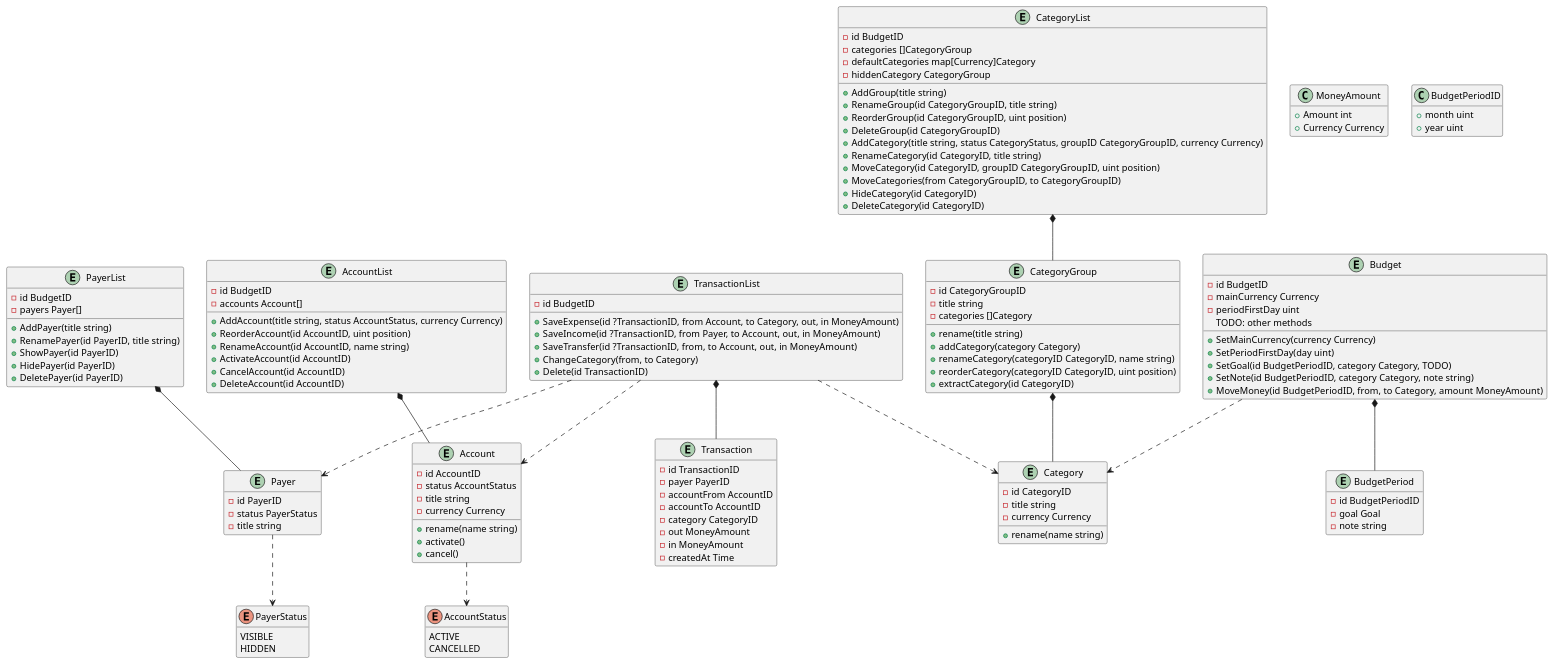
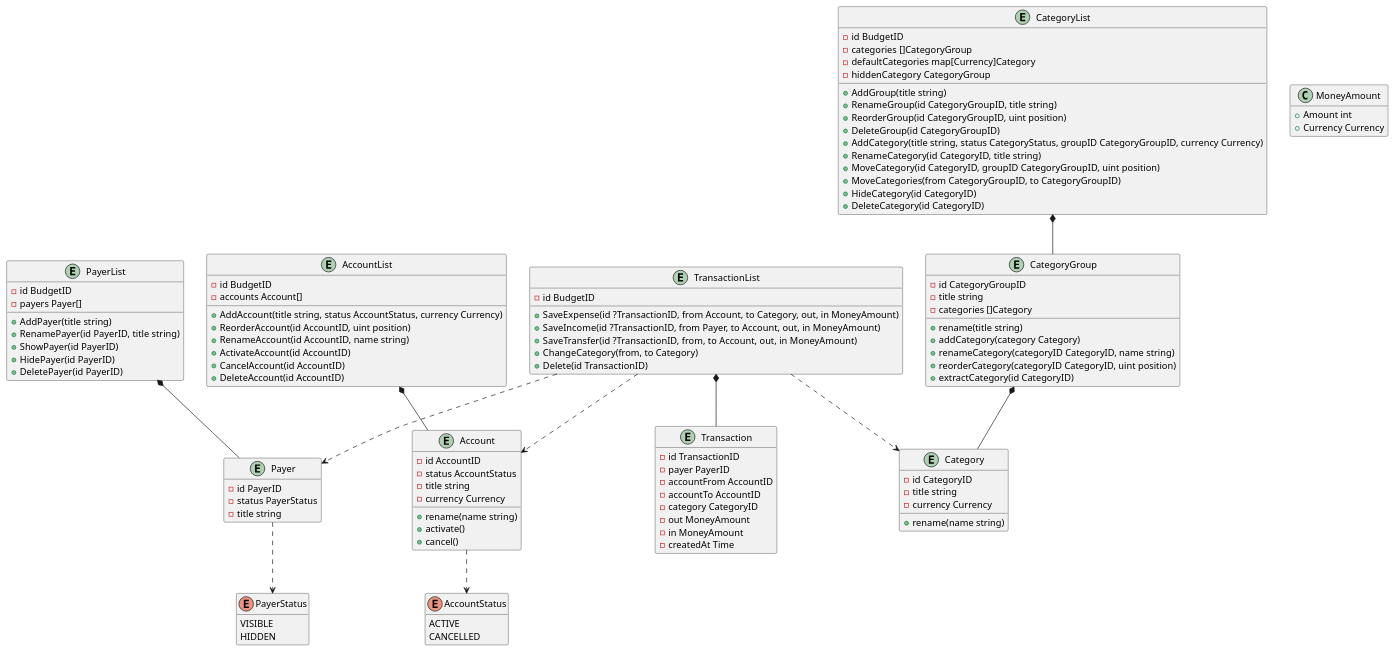
The diagram in docs/domain.plantuml (klwxsrx/budget-tracker), drawn with PlantUML before and after one commit. The commit also changed 33 other files, not shown here.

```diff
--- a/docs/domain.plantuml
+++ b/docs/domain.plantuml
@@ -1,164 +1,135 @@
 @startuml
 hide empty fields
 hide empty methods
 
 enum PayerStatus {
  VISIBLE
  HIDDEN
 }
 
 entity Payer {
  -id PayerID
  -status PayerStatus
  -title string
 }
 
 Payer ..> PayerStatus
 
 entity PayerList {
  -id BudgetID
  -payers Payer[]
  +AddPayer(title string)
  +RenamePayer(id PayerID, title string)
  +ShowPayer(id PayerID)
  +HidePayer(id PayerID)
  +DeletePayer(id PayerID)
 }
 
 PayerList *-- Payer
 
 
 
 enum AccountStatus {
  ACTIVE
  CANCELLED
 }
 
 entity Account {
  -id AccountID
  -status AccountStatus
  -title string
  -currency Currency
  +rename(name string)
  +activate()
  +cancel()
 }
 
 Account ..> AccountStatus
 
 entity AccountList {
  -id BudgetID
  -accounts Account[]
  +AddAccount(title string, status AccountStatus, currency Currency)
  +ReorderAccount(id AccountID, uint position)
  +RenameAccount(id AccountID, name string)
  +ActivateAccount(id AccountID)
  +CancelAccount(id AccountID)
  +DeleteAccount(id AccountID)
 }
 
 AccountList *-- Account
 
 
 
 entity Category {
  -id CategoryID
  -title string
  -currency Currency
  +rename(name string)
 }
 
 entity CategoryGroup {
  -id CategoryGroupID
  -title string
  -categories []Category
  +rename(title string)
  +addCategory(category Category)
  +renameCategory(categoryID CategoryID, name string)
  +reorderCategory(categoryID CategoryID, uint position)
  +extractCategory(id CategoryID)
 }
 
 CategoryGroup *-- Category
 
 entity CategoryList {
  -id BudgetID
  -categories []CategoryGroup
  -defaultCategories map[Currency]Category
  -hiddenCategory CategoryGroup
  +AddGroup(title string)
  +RenameGroup(id CategoryGroupID, title string)
  +ReorderGroup(id CategoryGroupID, uint position)
  +DeleteGroup(id CategoryGroupID)
  +AddCategory(title string, status CategoryStatus, groupID CategoryGroupID, currency Currency)
  +RenameCategory(id CategoryID, title string)
  +MoveCategory(id CategoryID, groupID CategoryGroupID, uint position)
  +MoveCategories(from CategoryGroupID, to CategoryGroupID)
  +HideCategory(id CategoryID)
  +DeleteCategory(id CategoryID)
 }
 
 CategoryList *-- CategoryGroup
 
 
 
 class MoneyAmount {
  +Amount int
  +Currency Currency
 }
 
 entity Transaction {
  -id TransactionID
  -payer PayerID
  -accountFrom AccountID
  -accountTo AccountID
  -category CategoryID
  -out MoneyAmount
  -in MoneyAmount
  -createdAt Time
 }
 
 entity TransactionList {
  -id BudgetID
  +SaveExpense(id ?TransactionID, from Account, to Category, out, in MoneyAmount)
  +SaveIncome(id ?TransactionID, from Payer, to Account, out, in MoneyAmount)
  +SaveTransfer(id ?TransactionID, from, to Account, out, in MoneyAmount)
  +ChangeCategory(from, to Category)
  +Delete(id TransactionID)
 }
 
 TransactionList *-- Transaction
 TransactionList ..> Payer
 TransactionList ..> Account
 TransactionList ..> Category
 
-
-
-class BudgetPeriodID {
-  +month uint
-  +year uint
-}
-
-entity Budget {
- -id BudgetID
- -mainCurrency Currency
- -periodFirstDay uint
- +SetMainCurrency(currency Currency)
- +SetPeriodFirstDay(day uint)
- +SetGoal(id BudgetPeriodID, category Category, TODO)
- +SetNote(id BudgetPeriodID, category Category, note string)
- +MoveMoney(id BudgetPeriodID, from, to Category, amount MoneyAmount)
- TODO: other methods
-}
-
-Budget ..> Category
-
-entity BudgetPeriod {
- -id BudgetPeriodID
- -goal Goal
- -note string
-}
-
-Budget *-- BudgetPeriod
-
 @enduml
```
